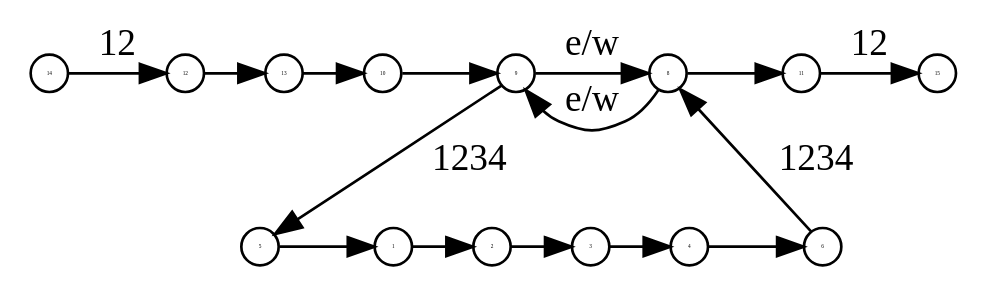
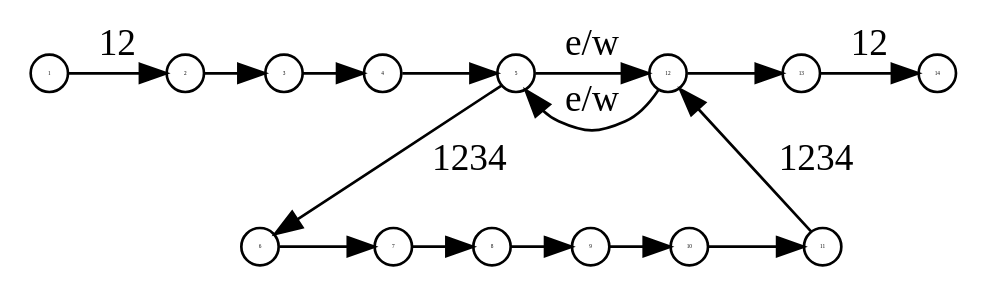
One commit to YaccConstructor/YaccConstructor changed the diagram in Docs/Reports/SemenGrigorev/TFA/areticle_ru/ladot/TNFAExample.dot. Above: the diagram before and after it, drawn with Graphviz. The commit also changed 21 other files, not shown here.

```diff
--- a/Docs/Reports/SemenGrigorev/TFA/areticle_ru/ladot/TNFAExample.dot
+++ b/Docs/Reports/SemenGrigorev/TFA/areticle_ru/ladot/TNFAExample.dot
@@ -1,28 +1,44 @@
 digraph TNFAExample
 {
 
   node[width = 0.2, height = 0.2, fontsize = 2 ,fixedsize ="true"];  
+
+  12[label = "2"];
+  13[label = "3"];
+  14[label = "1"];
+  15[label = "14"];
+  2[label = "8"];
+  5[label = "6"];
+  10[label = "4"];
+  1[label = "7"];
+  3[label = "9"];
+  4[label = "10"];
+  6[label = "11"];
+  8[label = "12"];
+  9[label = "5"];
+  11[label = "13"];
 
   
   14 -> 12 [minlen = 0.5,label = "12", texlbl = "$\epsilon/SS_2$"];
 
   12 -> 13 [minlen = 0.5,label = " ", texlbl = "$t/\omega$"];
 
   13 -> 10 [minlen = 0.5,label = " ", texlbl = "$\epsilon/\omega$"];
   10 -> 9 [label = " ", texlbl = "$\epsilon/CS_1$"];
   9 -> 5 [label = "1234", texlbl = "$\epsilon/\omega$"];
+
   5 -> 1 [label = " ", texlbl = "$\epsilon/SS_1$"];
   1 -> 2 [minlen = 0.5,label = " ", texlbl = "$+/\omega$"];
   2 -> 3 [minlen = 0.5,label = " ", texlbl = "$\epsilon/\omega$"];
   3 -> 4 [minlen = 0.5,label = " ", texlbl = "$t/\omega$"];
   4 -> 6 [label = " ", texlbl = "$\epsilon/SE_1$"];
  
   6 -> 8 [label = "1234 ", texlbl = "$\epsilon/\omega$"];
   8 -> 11 [label = " ", texlbl = "$\epsilon/CE_1$"];
   11 -> 15 [minlen = 0.5,label = "12", texlbl = "$\epsilon/SE_2$"];
 
   9 -> 8[label = "e/w",texlbl = "$\epsilon/\omega$"];
   8 -> 9[label = "e/w",texlbl = "$\epsilon/\omega$"];
   {rank = "same"; 1 2 3 4 5 6};
   {rank = "same"; 8 9 10 11 12 13 14 15};
 }
```
